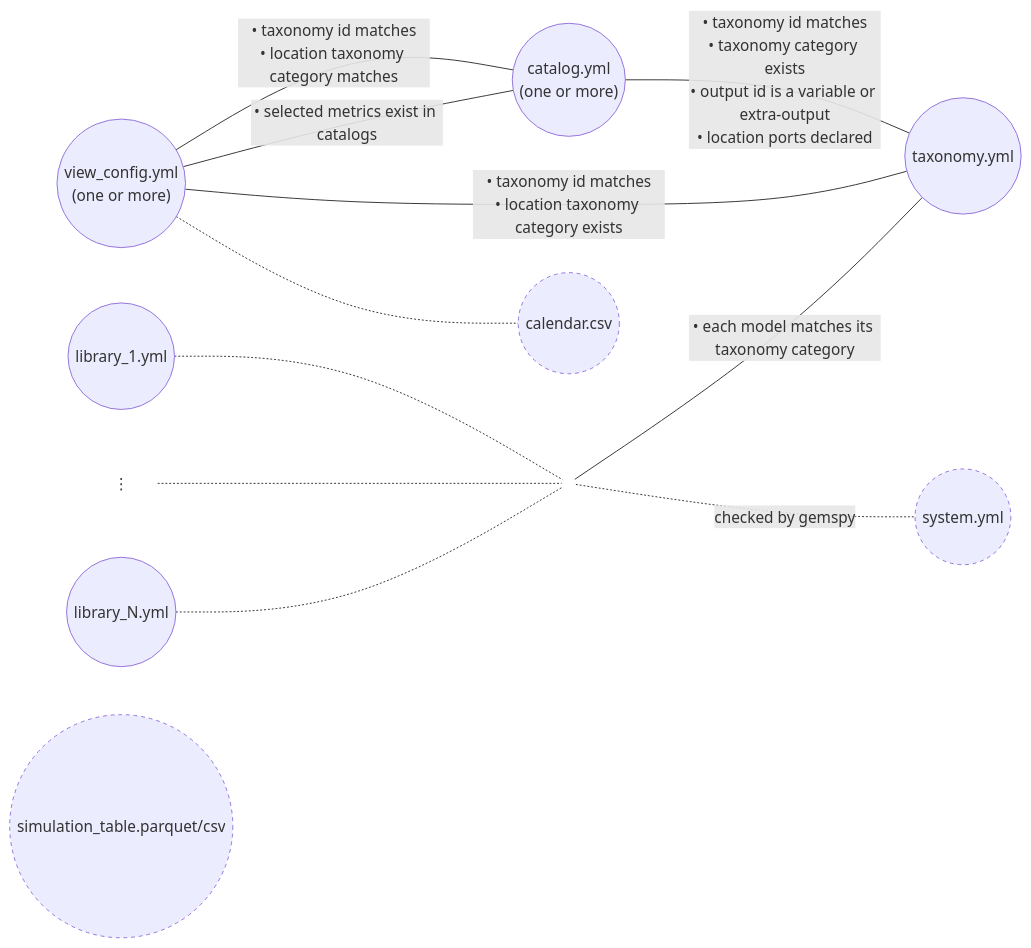
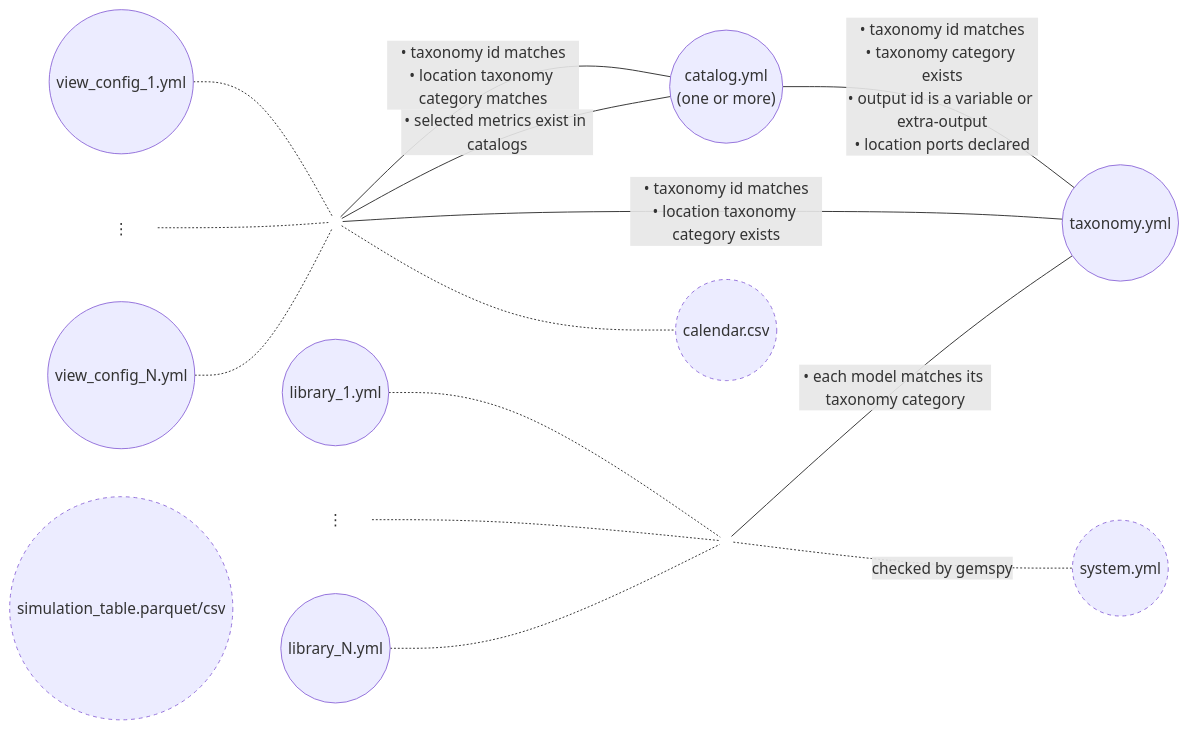
Before and after one commit to AntaresSimulatorTeam/GEMS-ViewsBuilder: the diagram in README.md, drawn with Mermaid. The commit also changed 1 other file, not shown here.

Commit message:
Refactor view configuration representation in documentation
- Updated README and input validation diagram to reflect the new structure for view configurations, introducing distinct entries for multiple view config files (view_config_1, view_config_N) and a join node for validation checks.
- Adjusted connections and validation descriptions to ensure clarity in the relationships between view configurations, taxonomy, and catalogs.

````diff
--- a/README.md
+++ b/README.md
@@ -20,30 +20,36 @@
 ```mermaid
 graph LR
     catalog(("catalog.yml<br/>(one or more)"))
     taxonomy(("taxonomy.yml"))
-    view_config(("view_config.yml<br/>(one or more)"))
+    view_config_1(("view_config_1.yml"))
+    view_config_dots["⋮"]
+    view_config_n(("view_config_N.yml"))
+    view_config_join((" "))
     library_1(("library_1.yml"))
     library_dots["⋮"]
     library_n(("library_N.yml"))
     library_join((" "))
     system(("system.yml"))
     simulation_table(("simulation_table.parquet/csv"))
     calendar(("calendar.csv"))
 
     catalog -- "• taxonomy id matches<br/>• taxonomy category exists<br/>• output id is a variable or extra-output<br/>• location ports declared" --- taxonomy
-    view_config -- "• taxonomy id matches<br/>• location taxonomy category exists" --- taxonomy
-    view_config -- "• taxonomy id matches<br/>• location taxonomy category matches" --- catalog
-    view_config -- "• selected metrics exist in catalogs" --- catalog
+    view_config_1 -.- view_config_join
+    view_config_dots -.- view_config_join
+    view_config_n -.- view_config_join
+    view_config_join -- "• taxonomy id matches<br/>• location taxonomy category exists" --- taxonomy
+    view_config_join -- "• taxonomy id matches<br/>• location taxonomy category matches" --- catalog
+    view_config_join -- "• selected metrics exist in catalogs" --- catalog
 
     library_1 -.- library_join
     library_dots -.- library_join
     library_n -.- library_join
     library_join -- "• each model matches its taxonomy category" --- taxonomy
     library_join -. "checked by gemspy" .- system
-    view_config -.- calendar
+    view_config_join -.- calendar
 
     classDef unvalidated stroke-dasharray: 4 4;
     classDef plain stroke: none, fill: none;
     class system,simulation_table,calendar unvalidated;
-    class library_dots,library_join plain;
+    class library_dots,library_join,view_config_dots,view_config_join plain;
 ```
````
